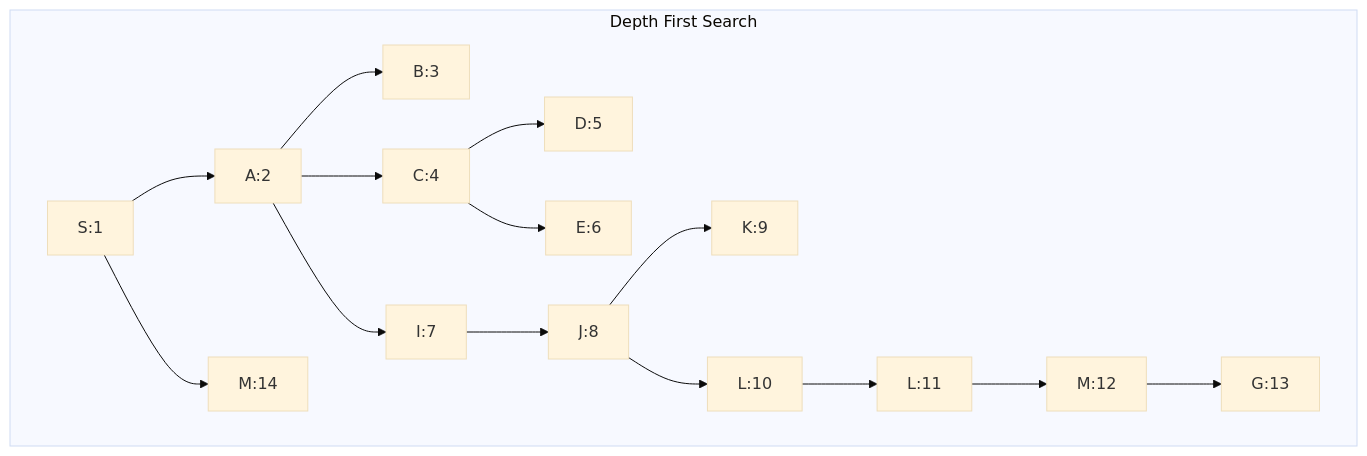
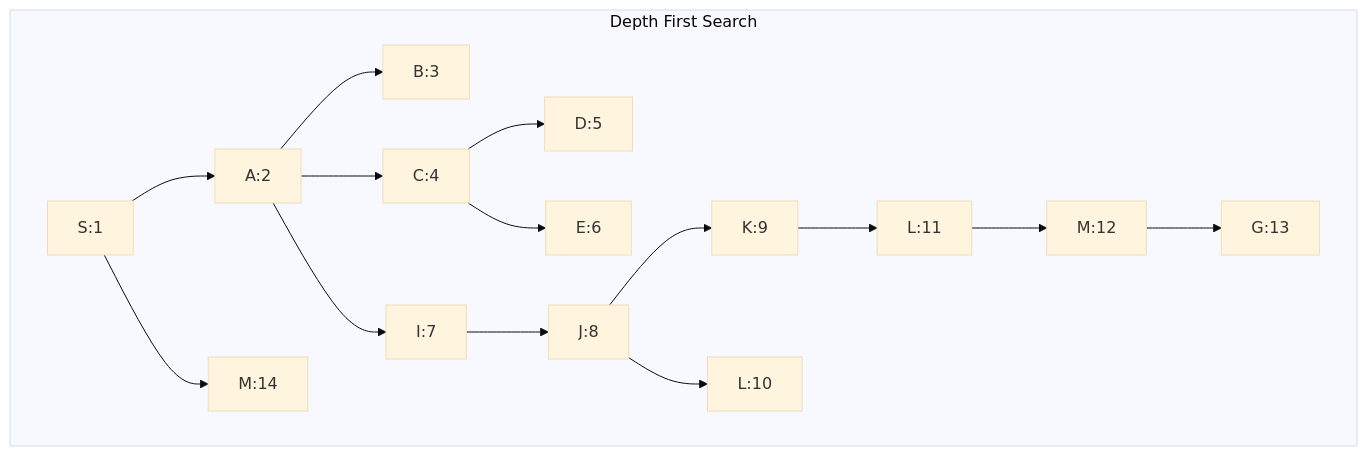
One commit to webJdi/AAI_501_Assignments changed the diagram in DepthFirstSearch.md. Above: the diagram before and after it, drawn with Mermaid (base theme). The commit also changed 1 other file, not shown here.

Commit message:
Corrected branching issue

```diff
--- a/DepthFirstSearch.md
+++ b/DepthFirstSearch.md
@@ -1,35 +1,35 @@
 :::mermaid
 
 graph TD
     subgraph "Depth First Search"
     S2[S:1]
     A2[A:2]
     M2[M:14]
     B2[B:3]
     C2[C:4]
     I2[I:7]
     D2[D:5]
     E2[E:6]
     J2[J:8]
     K2[K:9]
     L12[L:10]
     L22[L:11]
     M22[M:12]
     G2[G:13]
 
     S2 --> A2
     S2 --> M2
     A2 --> B2
     A2 --> C2
     A2 --> I2
     C2 --> D2
     C2 --> E2
     I2 --> J2
     J2 --> K2
     J2 --> L12
-    L12 --> L22
+    K2 --> L22
     L22 --> M22
     M22 --> G2
     end
 
 :::
```
